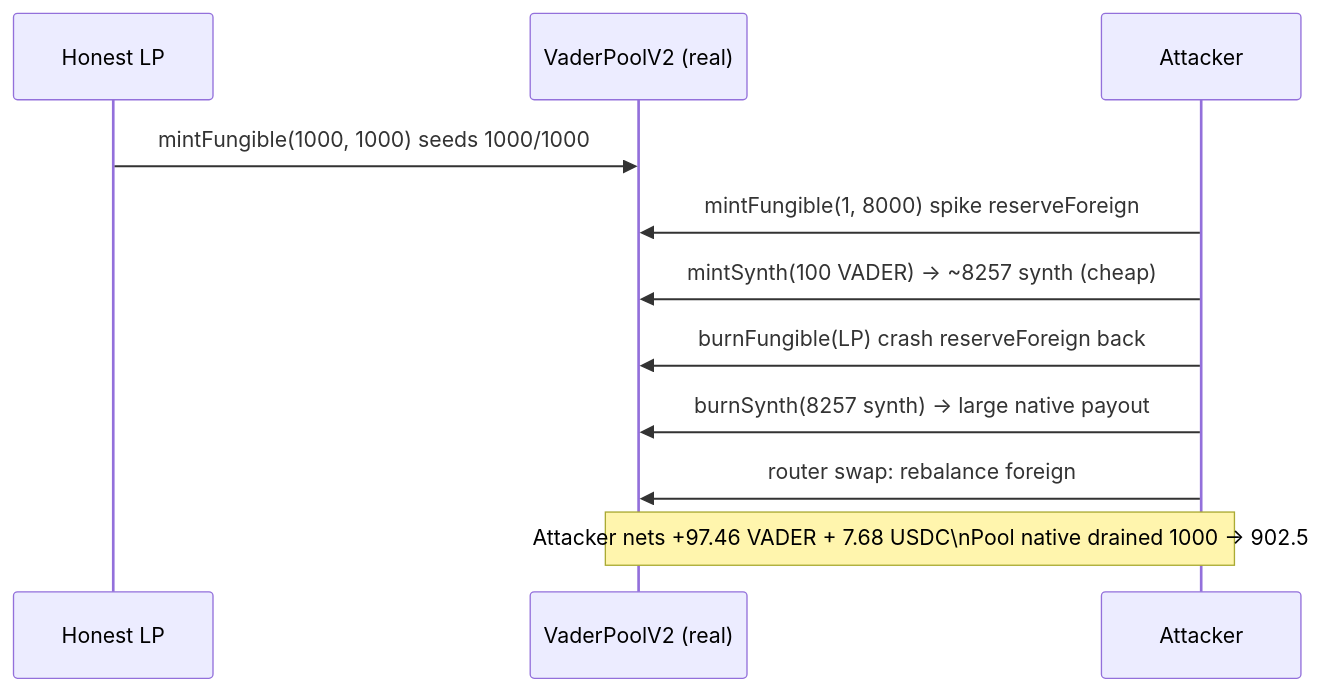
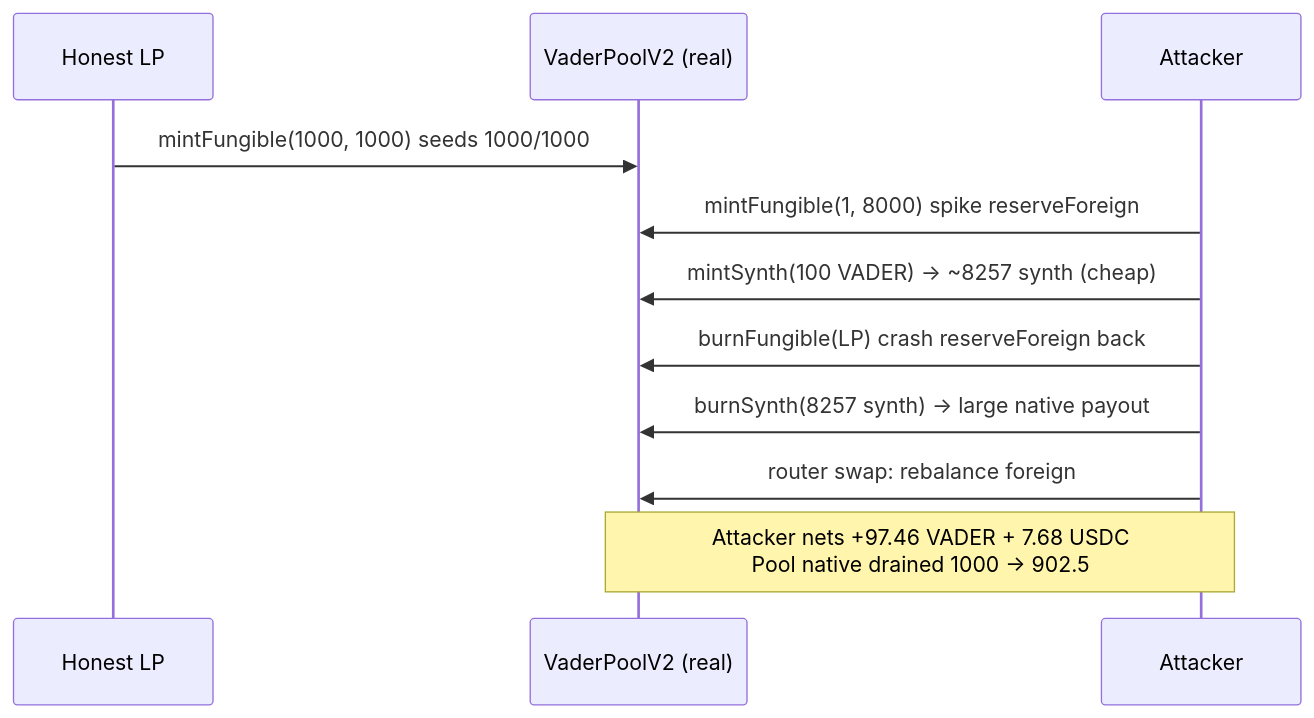
Before and after one commit to sanbir/evm-hack-registry: the diagram in 42333-h-02-redemption-value-of-synths-can-be-manipulated-to-drain_exp/42333-h-02-redemption-value-of-synths-can-be-manipulated-to-drain_exp.md, drawn with Mermaid. The commit also changed 23 other files, not shown here.

````diff
--- a/42333-h-02-redemption-value-of-synths-can-be-manipulated-to-drain_exp/42333-h-02-redemption-value-of-synths-can-be-manipulated-to-drain_exp.md
+++ b/42333-h-02-redemption-value-of-synths-can-be-manipulated-to-drain_exp/42333-h-02-redemption-value-of-synths-can-be-manipulated-to-drain_exp.md
@@ -38,13 +38,13 @@
 ```mermaid
 sequenceDiagram
     participant L as Honest LP
     participant P as VaderPoolV2 (real)
     participant A as Attacker
     L->>P: mintFungible(1000, 1000)  seeds 1000/1000
     A->>P: mintFungible(1, 8000)  spike reserveForeign
     A->>P: mintSynth(100 VADER)  -> ~8257 synth (cheap)
     A->>P: burnFungible(LP)  crash reserveForeign back
     A->>P: burnSynth(8257 synth)  -> large native payout
     A->>P: router swap: rebalance foreign
-    Note over A,P: Attacker nets +97.46 VADER + 7.68 USDC\nPool native drained 1000 -> 902.5
+    Note over A,P: Attacker nets +97.46 VADER + 7.68 USDC<br/>Pool native drained 1000 -> 902.5
 ```
````
